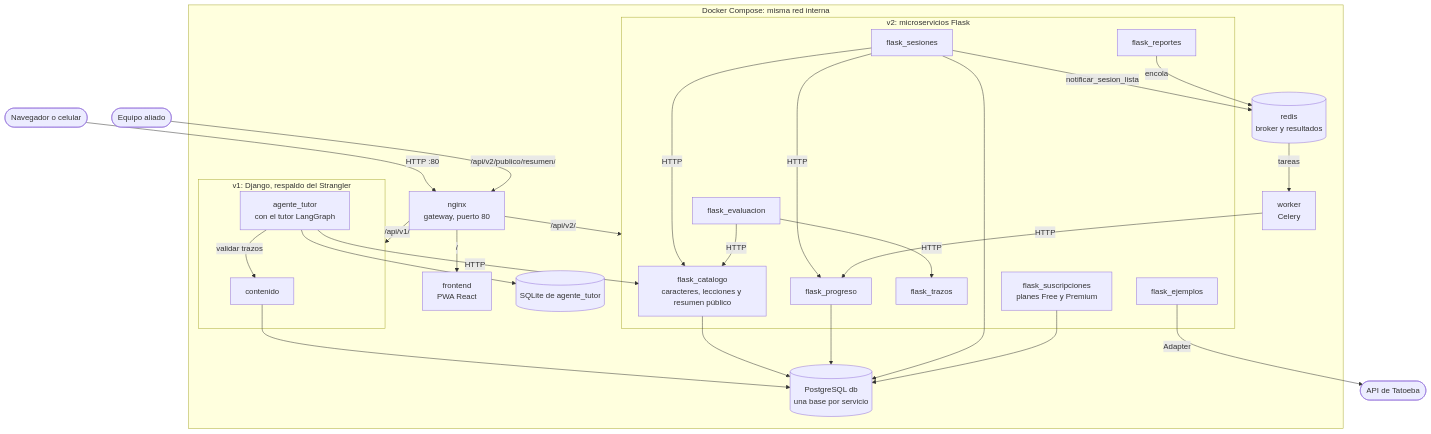
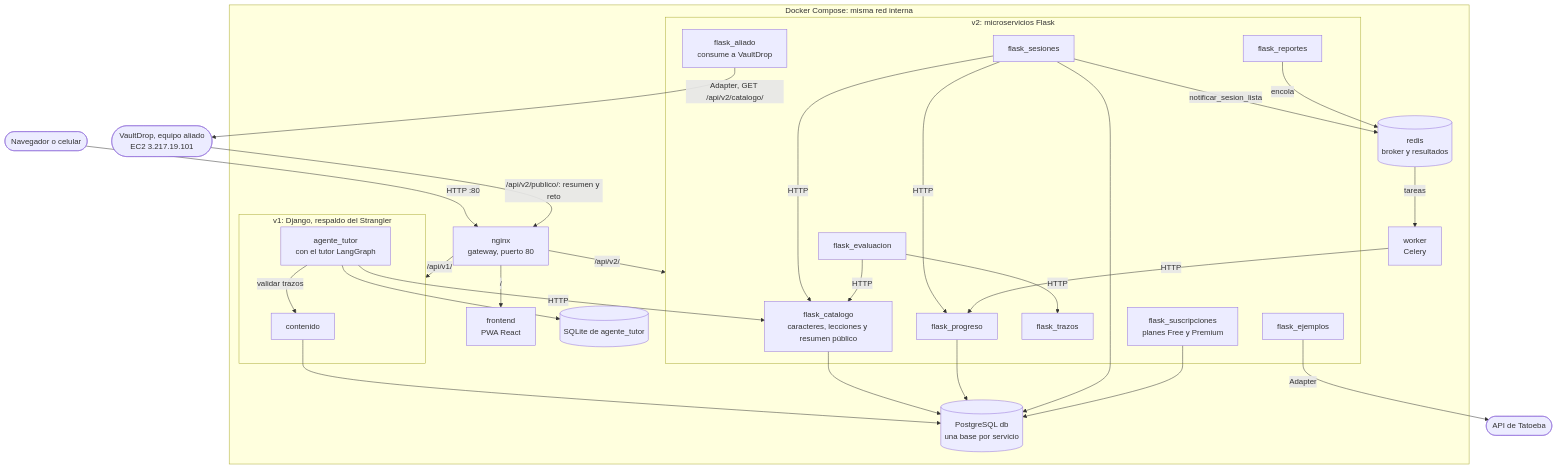
One commit to jalvarez01/HanZi-Mentor changed the third of 10 diagrams in docs/wiki/Entrega-II.md. Above: the diagram before and after it, drawn with Mermaid. The commit also changed other lines of this file, not shown here.

Commit message:
docs(wiki): servicios, i18n, requisitos y diagramas del aliado en la Entrega II

````diff
--- a/docs/wiki/Entrega-II.md
+++ b/docs/wiki/Entrega-II.md
@@ -220,57 +224,59 @@
 ```mermaid
 flowchart TB
     usuario(["Navegador o celular"])
-    aliado(["Equipo aliado"])
+    aliado(["VaultDrop, equipo aliado<br/>EC2 3.217.19.101"])
     tatoeba(["API de Tatoeba"])
 
     subgraph docker["Docker Compose: misma red interna"]
         nginx["nginx<br/>gateway, puerto 80"]
         frontend["frontend<br/>PWA React"]
 
         subgraph v1["v1: Django, respaldo del Strangler"]
             contenido["contenido"]
             tutor["agente_tutor<br/>con el tutor LangGraph"]
         end
 
         subgraph v2["v2: microservicios Flask"]
             catalogo["flask_catalogo<br/>caracteres, lecciones y resumen público"]
             sesiones["flask_sesiones"]
             progreso["flask_progreso"]
             evaluacion["flask_evaluacion"]
             trazos["flask_trazos"]
             ejemplos["flask_ejemplos"]
             reportes["flask_reportes"]
             suscripciones["flask_suscripciones<br/>planes Free y Premium"]
+            aliadosvc["flask_aliado<br/>consume a VaultDrop"]
         end
 
         redis[("redis<br/>broker y resultados")]
         worker["worker<br/>Celery"]
         db[("PostgreSQL db<br/>una base por servicio")]
         sqlite[("SQLite de agente_tutor")]
     end
 
     usuario -->|"HTTP :80"| nginx
-    aliado -->|"/api/v2/publico/resumen/"| nginx
+    aliado -->|"/api/v2/publico/: resumen y reto"| nginx
     nginx -->|"/"| frontend
     nginx -->|"/api/v1/"| v1
     nginx -->|"/api/v2/"| v2
 
     sesiones -->|"HTTP"| catalogo
     sesiones -->|"HTTP"| progreso
     sesiones -->|"notificar_sesion_lista"| redis
     evaluacion -->|"HTTP"| catalogo
     evaluacion -->|"HTTP"| trazos
     reportes -->|"encola"| redis
     redis -->|"tareas"| worker
     worker -->|"HTTP"| progreso
     ejemplos -->|"Adapter"| tatoeba
+    aliadosvc -->|"Adapter, GET /api/v2/catalogo/"| aliado
     tutor -->|"HTTP"| catalogo
     tutor -->|"validar trazos"| contenido
 
     contenido --> db
     catalogo --> db
     progreso --> db
     sesiones --> db
     suscripciones --> db
     tutor --> sqlite
 ```
````
